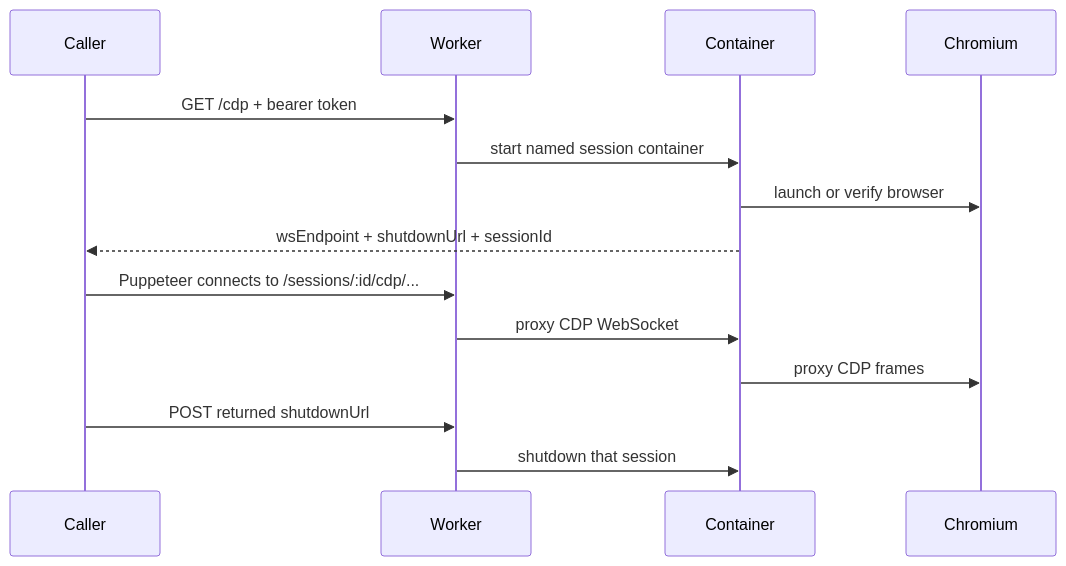
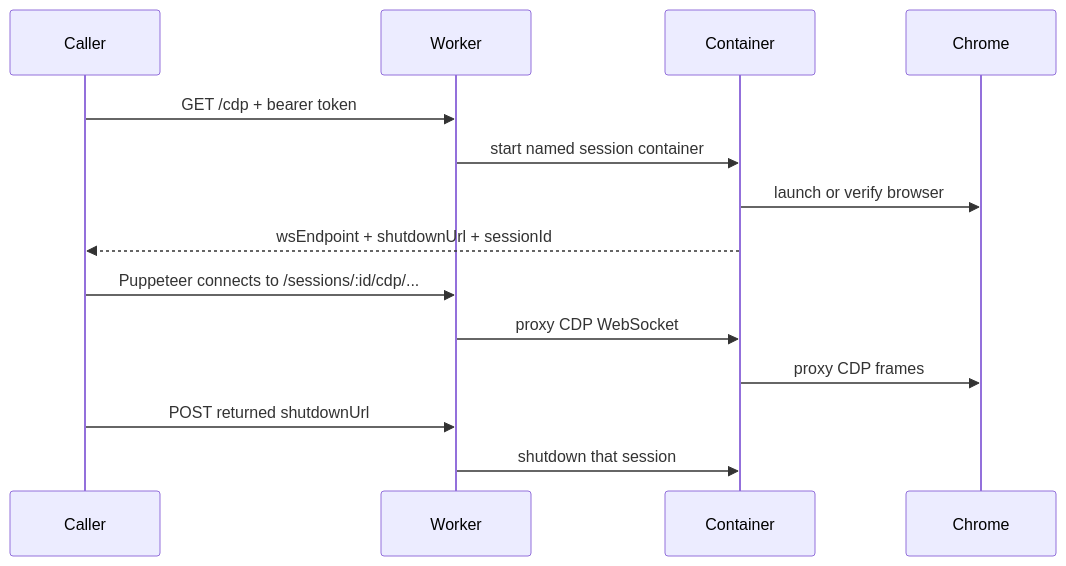
One commit to kenobi-ai/breamer changed the diagram in README.md. Above: the diagram before and after it, drawn with Mermaid. The commit also changed other lines of this file and 16 other files, not shown here.

````diff
--- a/README.md
+++ b/README.md
@@ -31,17 +32,17 @@
 ```mermaid
 sequenceDiagram
   participant Caller
   participant Worker
   participant Container
-  participant Chromium
+  participant Chrome
 
   Caller->>Worker: GET /cdp + bearer token
   Worker->>Container: start named session container
-  Container->>Chromium: launch or verify browser
+  Container->>Chrome: launch or verify browser
   Container-->>Caller: wsEndpoint + shutdownUrl + sessionId
   Caller->>Worker: Puppeteer connects to /sessions/:id/cdp/...
   Worker->>Container: proxy CDP WebSocket
-  Container->>Chromium: proxy CDP frames
+  Container->>Chrome: proxy CDP frames
   Caller->>Worker: POST returned shutdownUrl
   Worker->>Container: shutdown that session
 ```
````
